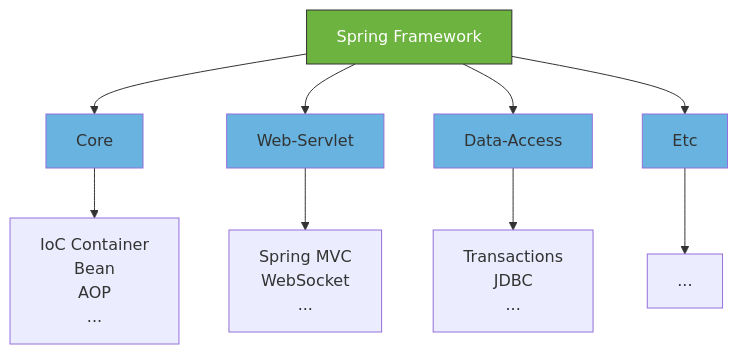
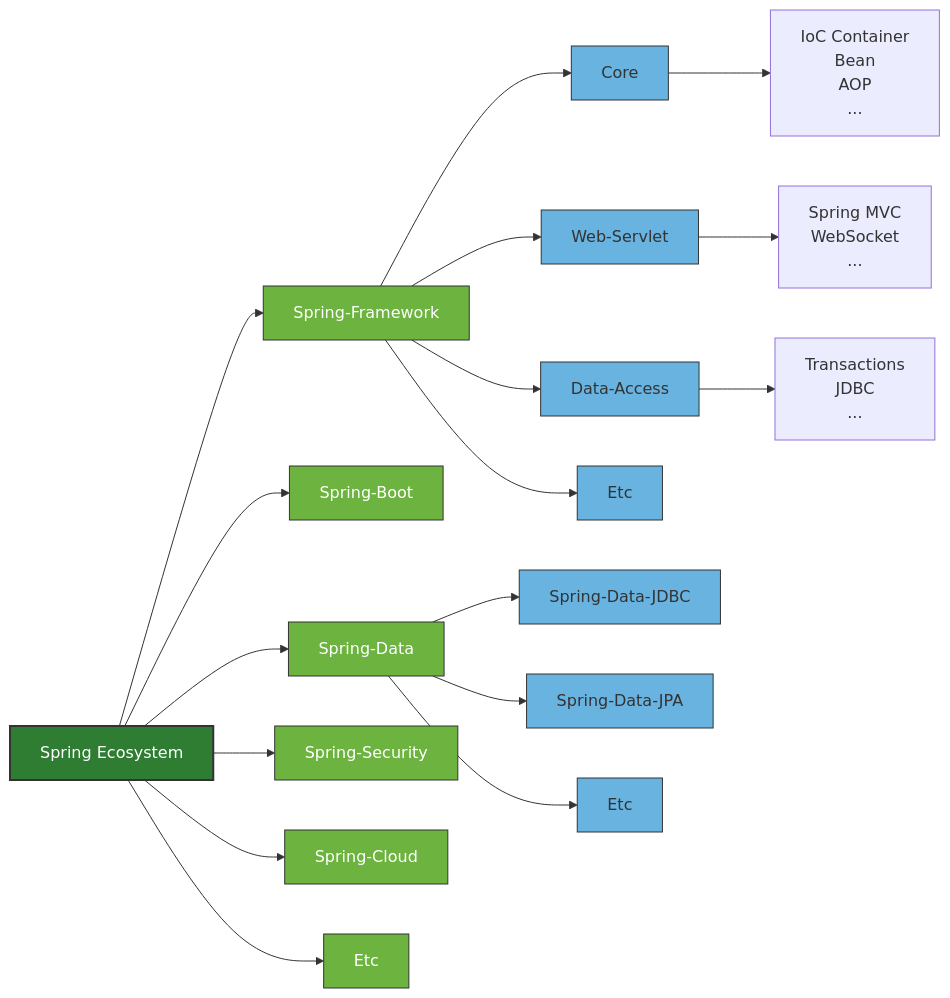
The diagram in docs/dev/spring/index.mdx (Son-Hunseo/blog), drawn with Mermaid before and after one commit.

Commit message:
[chore] spring 분류 페이지 수정

````diff
--- a/docs/dev/spring/index.mdx
+++ b/docs/dev/spring/index.mdx
@@ -12,23 +12,41 @@
 ```mermaid
-graph TD
-    Spring[Spring Framework]
+graph LR
+    Projects[Spring Ecosystem]
 
-    Spring --> Core
-    Spring --> Web-Servlet
-    Spring --> Data-Access
-    Spring --> Etc
+    Projects --> Spring-Framework
+    Projects --> Spring-Boot
+    Projects --> Spring-Data
+    Projects --> Spring-Security
+    Projects --> Spring-Cloud
+    Projects --> Etc
+
+    Spring-Framework --> Core
+    Spring-Framework --> Web-Servlet
+    Spring-Framework --> Data-Access
+    Spring-Framework --> Framework-Etc[Etc]
+
+    Spring-Data --> Spring-Data-JDBC
+    Spring-Data --> Spring-Data-JPA
+    Spring-Data --> Data-Etc[Etc]
 
     Core --> CoreItems[IoC Container<br/>Bean<br/>AOP<br/>...]
 
     Web-Servlet --> Web-ServletItems[Spring MVC<br/>WebSocket<br/>...]
 
     Data-Access --> DataItems[Transactions<br/>JDBC<br/>...]
 
-    Etc --> EtcItems[...]
-
-    style Spring fill:#6db33f,stroke:#333,stroke-width:1px,color:#fff
-    style Core fill:#68b3e0,str
-    style Web-Servlet fill:#68b3e0,str
-    style Data-Access fill:#68b3e0,str
-    style Etc fill:#68b3e0,str
+    style Projects fill:#2e7d32,stroke:#333,stroke-width:2px,color:#fff
+    style Spring-Framework fill:#6db33f,stroke:#333,stroke-width:1px,color:#fff
+    style Spring-Boot fill:#6db33f,stroke:#333,stroke-width:1px,color:#fff
+    style Spring-Data fill:#6db33f,stroke:#333,stroke-width:1px,color:#fff
+    style Spring-Security fill:#6db33f,stroke:#333,stroke-width:1px,color:#fff
+    style Spring-Cloud fill:#6db33f,stroke:#333,stroke-width:1px,color:#fff
+    style Etc fill:#6db33f,stroke:#333,stroke-width:1px,color:#fff
+    style Core fill:#68b3e0,stroke:#333,stroke-width:1px
+    style Web-Servlet fill:#68b3e0,stroke:#333,stroke-width:1px
+    style Data-Access fill:#68b3e0,stroke:#333,stroke-width:1px
+    style Framework-Etc fill:#68b3e0,stroke:#333,stroke-width:1px
+    style Spring-Data-JDBC fill:#68b3e0,stroke:#333,stroke-width:1px
+    style Spring-Data-JPA fill:#68b3e0,stroke:#333,stroke-width:1px
+    style Data-Etc fill:#68b3e0,stroke:#333,stroke-width:1px
 ```
````
